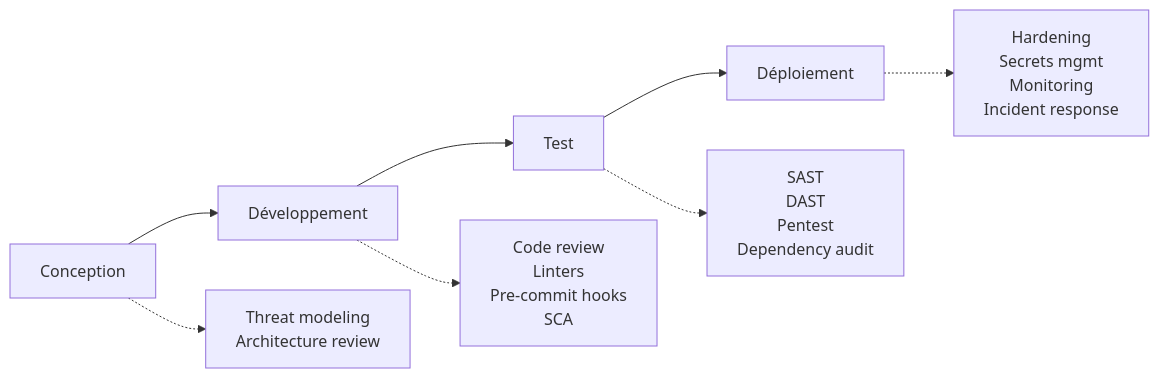
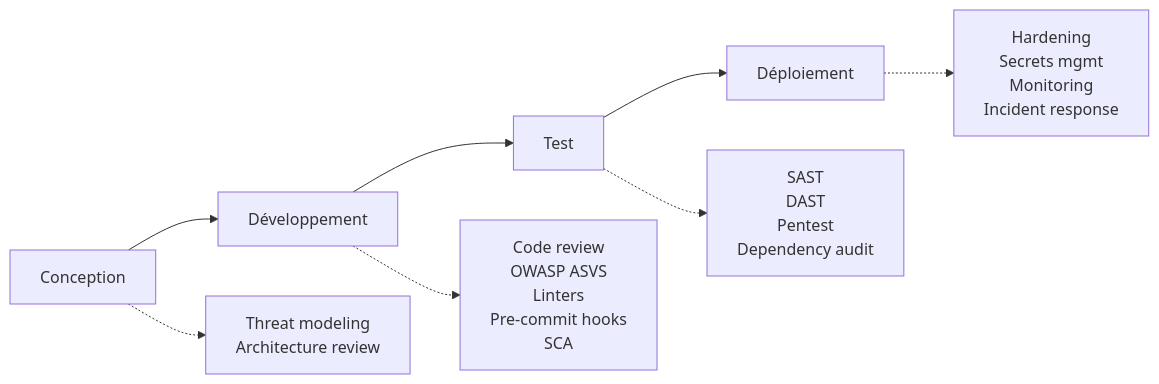
The sixth of 6 diagrams in seance2.md (fabrice1618/security_by_design), drawn with Mermaid before and after one commit. The commit also changed other lines of this file and 4 other files, not shown here.

````diff
--- a/seance2.md
+++ b/seance2.md
@@ -1284,10 +1303,10 @@
 ```mermaid
 graph LR
     C[Conception] --> D[Développement]
     D --> T[Test]
     T --> DEP[Déploiement]
     C -.-> C1[Threat modeling<br/>Architecture review]
-    D -.-> D1[Code review<br/>Linters<br/>Pre-commit hooks<br/>SCA]
+    D -.-> D1[Code review<br/>OWASP ASVS<br/>Linters<br/>Pre-commit hooks<br/>SCA]
     T -.-> T1[SAST<br/>DAST<br/>Pentest<br/>Dependency audit]
     DEP -.-> DEP1[Hardening<br/>Secrets mgmt<br/>Monitoring<br/>Incident response]
 ```
````
